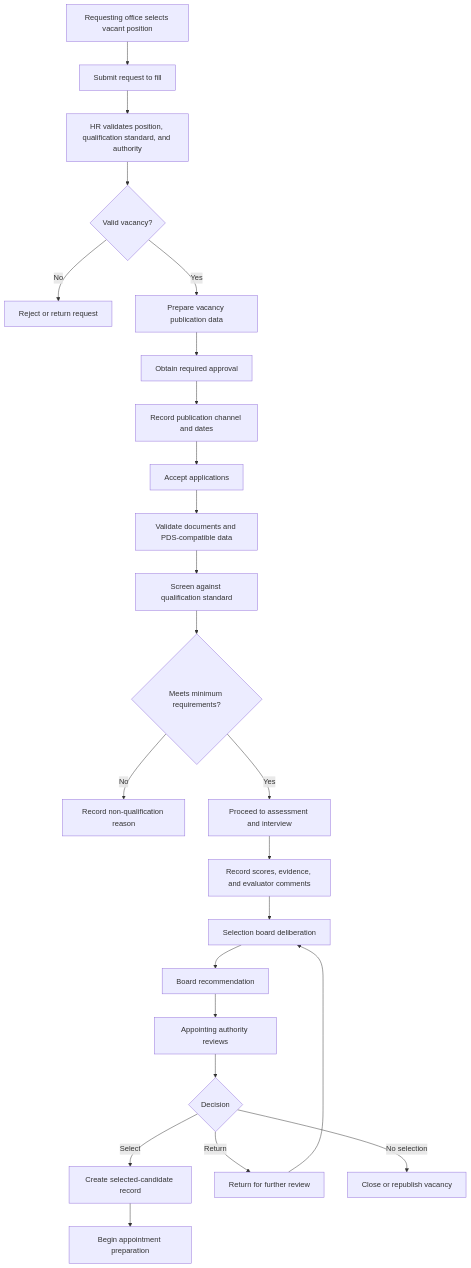
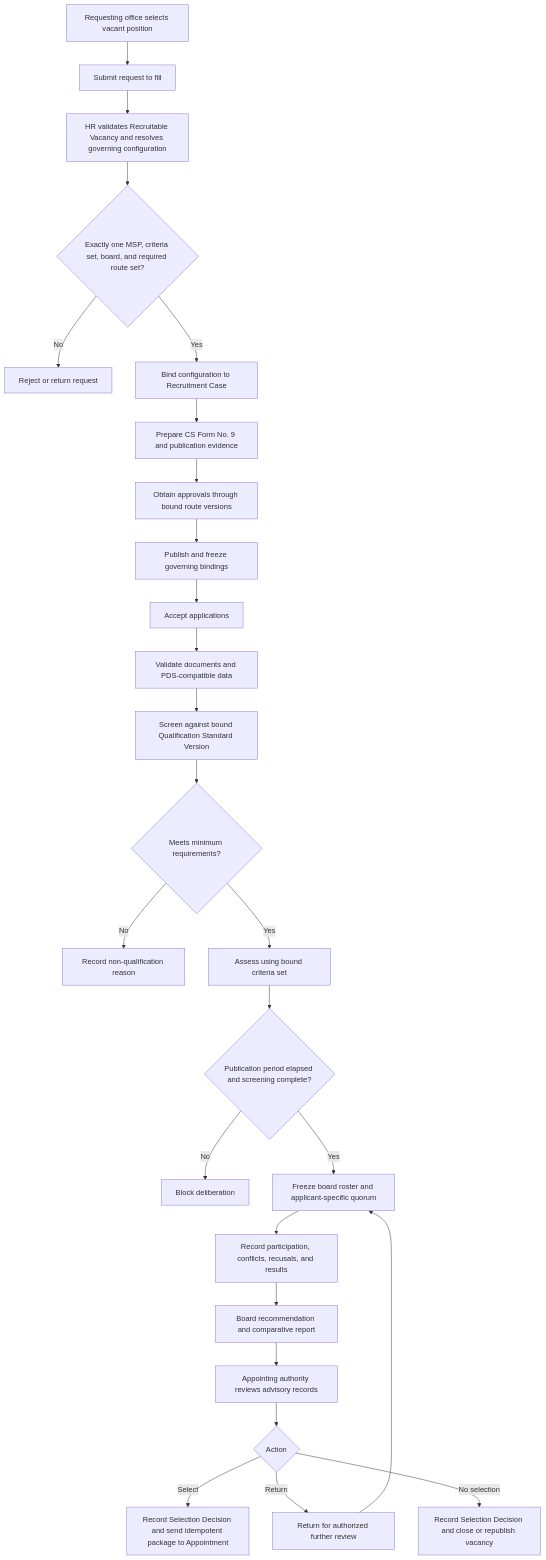
One commit to systemeror12/lingkod-hr changed the third of 15 diagrams in docs/mvp-workflows.md. Above: the diagram before and after it, drawn with Mermaid. The commit also changed other lines of this file and 6 other files, not shown here.

Commit message:
docs: define phase 6 recruitment and appointment contracts (#138)

````diff
--- a/docs/mvp-workflows.md
+++ b/docs/mvp-workflows.md
@@ -133,26 +134,28 @@
 ```mermaid
 flowchart TD
     A[Requesting office selects vacant position] --> B[Submit request to fill]
-    B --> C[HR validates position, qualification standard, and authority]
-    C --> D{Valid vacancy?}
+    B --> C[HR validates Recruitable Vacancy and resolves governing configuration]
+    C --> D{Exactly one MSP, criteria set, board, and required route set?}
     D -- No --> E[Reject or return request]
-    D -- Yes --> F[Prepare vacancy publication data]
-    F --> G[Obtain required approval]
-    G --> H[Record publication channel and dates]
-    H --> I[Accept applications]
-    I --> J[Validate documents and PDS-compatible data]
-    J --> K[Screen against qualification standard]
-    K --> L{Meets minimum requirements?}
-    L -- No --> M[Record non-qualification reason]
-    L -- Yes --> N[Proceed to assessment and interview]
-    N --> O[Record scores, evidence, and evaluator comments]
-    O --> P[Selection board deliberation]
-    P --> Q[Board recommendation]
-    Q --> R[Appointing authority reviews]
-    R --> S{Decision}
-    S -- Select --> T[Create selected-candidate record]
-    S -- Return --> U[Return for further review]
-    S -- No selection --> V[Close or republish vacancy]
-    U --> P
-    T --> W[Begin appointment preparation]
+    D -- Yes --> F[Bind configuration to Recruitment Case]
+    F --> G[Prepare CS Form No. 9 and publication evidence]
+    G --> H[Obtain approvals through bound route versions]
+    H --> I[Publish and freeze governing bindings]
+    I --> J[Accept applications]
+    J --> K[Validate documents and PDS-compatible data]
+    K --> L[Screen against bound Qualification Standard Version]
+    L --> M{Meets minimum requirements?}
+    M -- No --> N[Record non-qualification reason]
+    M -- Yes --> O[Assess using bound criteria set]
+    O --> P{Publication period elapsed and screening complete?}
+    P -- No --> Y[Block deliberation]
+    P -- Yes --> Q[Freeze board roster and applicant-specific quorum]
+    Q --> R[Record participation, conflicts, recusals, and results]
+    R --> S[Board recommendation and comparative report]
+    S --> T[Appointing authority reviews advisory records]
+    T --> U{Action}
+    U -- Select --> V[Record Selection Decision and send idempotent package to Appointment]
+    U -- Return --> W[Return for authorized further review]
+    U -- No selection --> X[Record Selection Decision and close or republish vacancy]
+    W --> Q
 ```
````
